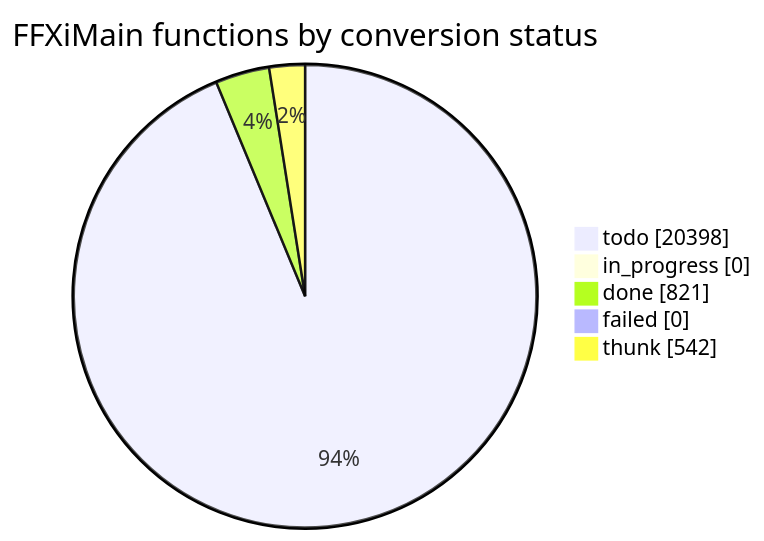
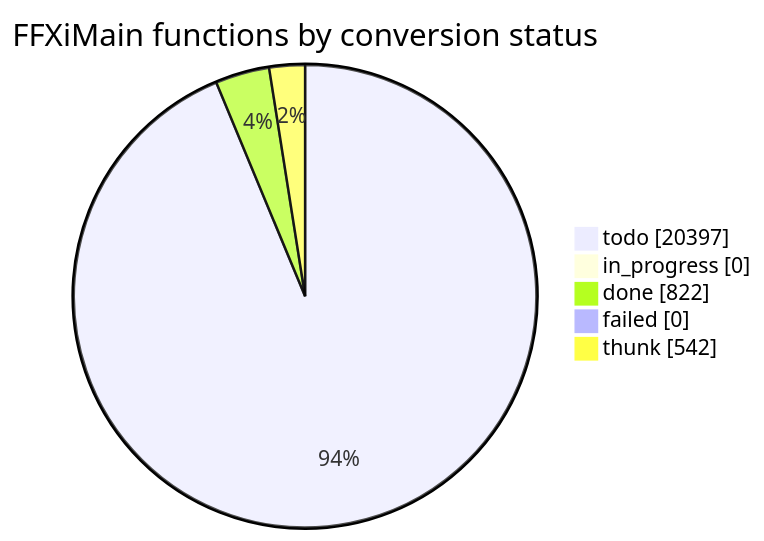
Before and after one commit to cowrevenge/cow_kuluu_xi_anything: the diagram in docs/cow/STATUS.md, drawn with Mermaid. The commit also changed other lines of this file and 9 other files, not shown here.

````diff
--- a/docs/cow/STATUS.md
+++ b/docs/cow/STATUS.md
@@ -18,9 +18,9 @@
 ```mermaid
 pie showData
     title FFXiMain functions by conversion status
-    "todo" : 20398
+    "todo" : 20397
     "in_progress" : 0
-    "done" : 821
+    "done" : 822
     "failed" : 0
     "thunk" : 542
 ```
````
